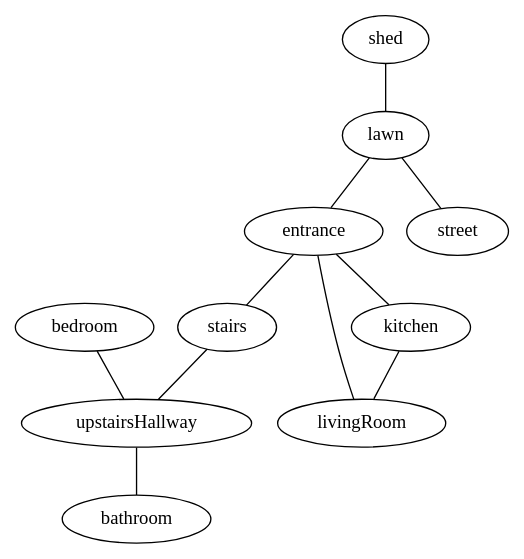
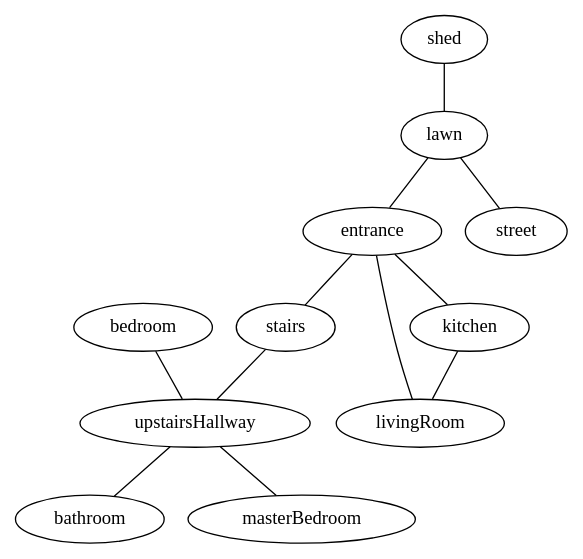
The diagram in samples/simple/entities/world/state.dot (maelys-mcardle/adventure), drawn with Graphviz before and after one commit. The commit also changed 3 other files, not shown here.

```diff
--- a/samples/simple/entities/world/state.dot
+++ b/samples/simple/entities/world/state.dot
@@ -1,12 +1,12 @@
 graph location {
 
     subgraph house {
         bedroom -- upstairsHallway -- bathroom
-        stairs -- upstairsHallway
+        stairs -- upstairsHallway -- masterBedroom
         livingRoom -- entrance -- stairs
         entrance -- kitchen -- livingRoom
     }
 
     shed -- lawn -- entrance
     lawn -- street
 }
```
